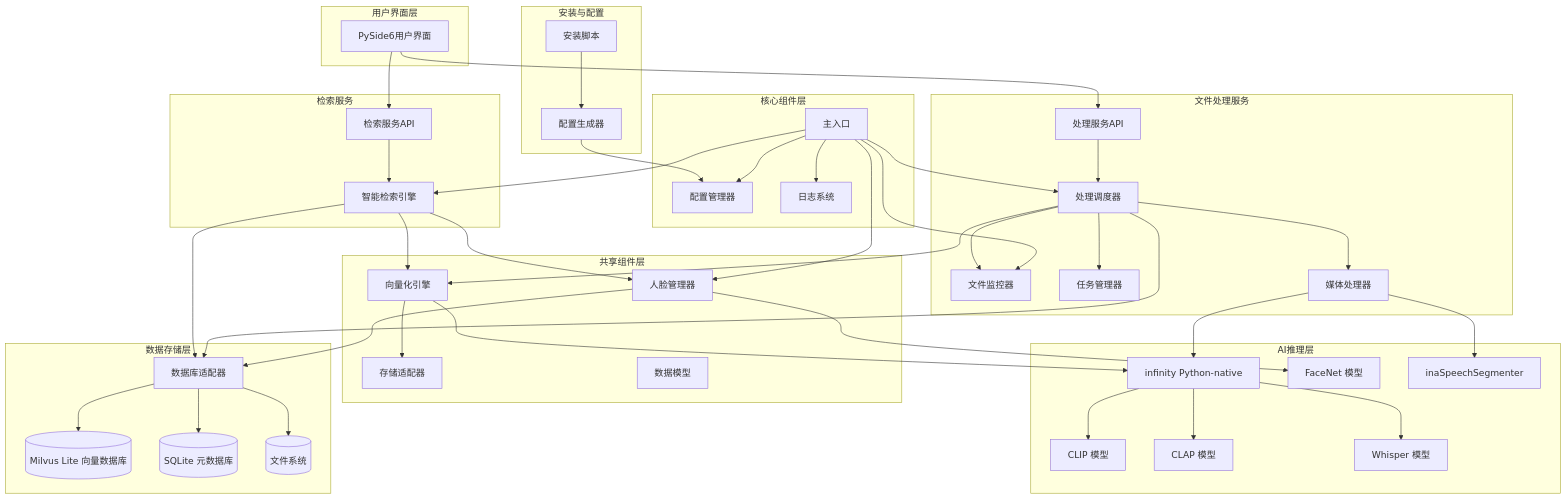
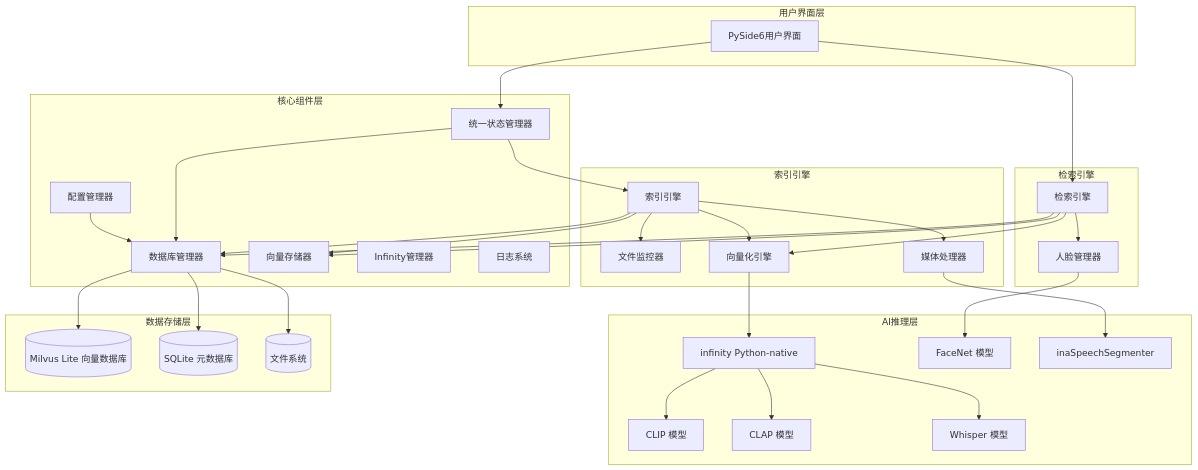
Before and after one commit to cr4342/msearch: the first of 2 diagrams in .kiro/specs/multimodal-search-system/design.md, drawn with Mermaid. The commit also changed other lines of this file and 26 other files, not shown here.

````diff
--- a/.kiro/specs/multimodal-search-system/design.md
+++ b/.kiro/specs/multimodal-search-system/design.md
@@ -151,32 +145,28 @@
 ```mermaid
 graph TB
-    subgraph "安装与配置"
-        InstallScript[安装脚本]
-        ConfigGenerator[配置生成器]
-    end
-    
     subgraph "用户界面层"
         UI[PySide6用户界面]
     end
     
-    subgraph "共享组件层"
+    subgraph "索引引擎"
+        IndexingEngine[索引引擎]
+        FileMonitor[文件监控器]
+        MediaProcessor[媒体处理器]
         EmbeddingEngine[向量化引擎]
-        StorageAdapter[存储适配器]
-        DataModels[数据模型]
+    end
+    
+    subgraph "检索引擎"
+        SearchEngine[检索引擎]
         FaceManager[人脸管理器]
     end
     
-    subgraph "文件处理服务"
-        FileMonitor[文件监控器]
-        Orchestrator[处理调度器]
-        TaskManager[任务管理器]
-        MediaProcessor[媒体处理器]
-        ProcessingAPI[处理服务API]
-    end
-    
-    subgraph "检索服务"
-        SmartRetrieval[智能检索引擎]
-        SearchAPI[检索服务API]
+    subgraph "核心组件层"
+        StateManager[统一状态管理器]
+        ConfigManager[配置管理器]
+        DatabaseManager[数据库管理器]
+        VectorStore[向量存储器]
+        InfinityManager[Infinity管理器]
+        LoggingSystem[日志系统]
     end
     
     subgraph "AI推理层"
@@ -189,58 +179,39 @@
     end
     
     subgraph "数据存储层"
-        DatabaseAdapter[数据库适配器]
         MilvusLite[(Milvus Lite 向量数据库)]
         SQLite[(SQLite 元数据库)]
         FileSystem[(文件系统)]
     end
     
-    subgraph "核心组件层"
-        ConfigManager[配置管理器]
-        LoggingSystem[日志系统]
-        MainEntry[主入口]
-    end
+    UI --> SearchEngine
+    UI --> StateManager
     
-    InstallScript --> ConfigGenerator
-    ConfigGenerator --> ConfigManager
+    SearchEngine --> EmbeddingEngine
+    SearchEngine --> DatabaseManager
+    SearchEngine --> VectorStore
+    SearchEngine --> FaceManager
     
-    UI --> SearchAPI
-    UI --> ProcessingAPI
+    IndexingEngine --> FileMonitor
+    IndexingEngine --> MediaProcessor
+    IndexingEngine --> EmbeddingEngine
+    IndexingEngine --> DatabaseManager
+    IndexingEngine --> VectorStore
     
-    SearchAPI --> SmartRetrieval
-    ProcessingAPI --> Orchestrator
+    StateManager --> DatabaseManager
+    StateManager --> IndexingEngine
     
-    SmartRetrieval --> EmbeddingEngine
-    SmartRetrieval --> DatabaseAdapter
-    SmartRetrieval --> FaceManager
-    
-    Orchestrator --> FileMonitor
-    Orchestrator --> TaskManager
-    Orchestrator --> MediaProcessor
-    Orchestrator --> EmbeddingEngine
-    Orchestrator --> DatabaseAdapter
+    ConfigManager --> DatabaseManager
     
     EmbeddingEngine --> Infinity
-    EmbeddingEngine --> StorageAdapter
-    
     FaceManager --> FaceNet
-    FaceManager --> DatabaseAdapter
-    
     MediaProcessor --> InaSpeechSegmenter
-    MediaProcessor --> Infinity
     
     Infinity --> CLIP
     Infinity --> CLAP
     Infinity --> Whisper
     
-    DatabaseAdapter --> MilvusLite
-    DatabaseAdapter --> SQLite
-    DatabaseAdapter --> FileSystem
-    
-    MainEntry --> ConfigManager
-    MainEntry --> LoggingSystem
-    MainEntry --> FileMonitor
-    MainEntry --> Orchestrator
-    MainEntry --> SmartRetrieval
-    MainEntry --> FaceManager
+    DatabaseManager --> MilvusLite
+    DatabaseManager --> SQLite
+    DatabaseManager --> FileSystem
 ```
````
